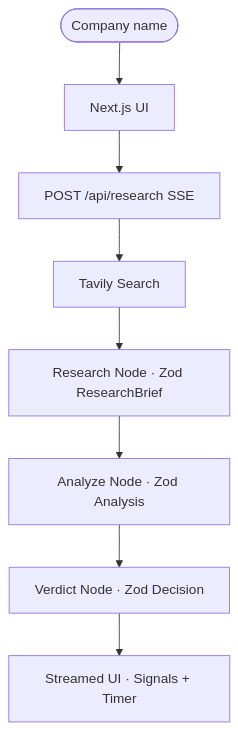
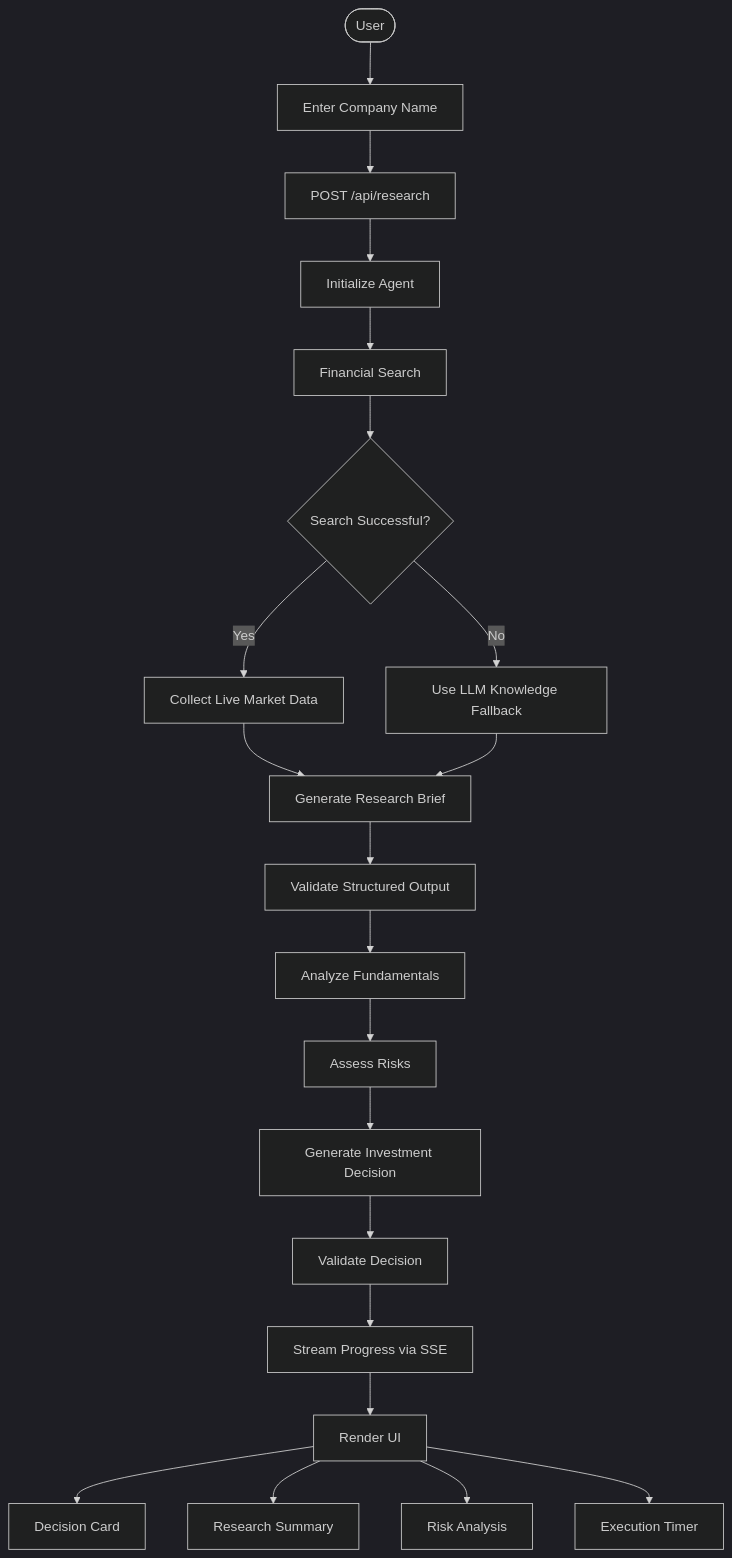
The diagram in README.md (ylcharan/investment-ai-agent), drawn with Mermaid before and after one commit. The commit also changed other lines of this file, not shown here.

````diff
--- a/README.md
+++ b/README.md
@@ -53,10 +52,54 @@
 ```mermaid
-graph TD
-    User([Company name]) --> UI[Next.js UI]
-    UI --> API[POST /api/research SSE]
-    API --> Search[Tavily Search]
-    Search --> Research[Research Node · Zod ResearchBrief]
-    Research --> Analyze[Analyze Node · Zod Analysis]
-    Analyze --> Verdict[Verdict Node · Zod Decision]
-    Verdict --> Client[Streamed UI · Signals + Timer]
+%%{init: {"theme":"dark"}}%%
+
+flowchart TD
+
+    A([User])
+    B[Enter Company Name]
+    C[POST /api/research]
+    D[Initialize Agent]
+    E[Financial Search]
+    F{Search Successful?}
+
+    G[Collect Live Market Data]
+    H[Use LLM Knowledge Fallback]
+
+    I[Generate Research Brief]
+    J[Validate Structured Output]
+
+    K[Analyze Fundamentals]
+    L[Assess Risks]
+
+    M[Generate Investment Decision]
+    N[Validate Decision]
+
+    O[Stream Progress via SSE]
+
+    P[Render UI]
+
+    Q[Decision Card]
+    R[Research Summary]
+    S[Risk Analysis]
+    T[Execution Timer]
+
+    A --> B
+    B --> C
+    C --> D
+    D --> E
+    E --> F
+    F -->|Yes| G
+    F -->|No| H
+    G --> I
+    H --> I
+    I --> J
+    J --> K
+    K --> L
+    L --> M
+    M --> N
+    N --> O
+    O --> P
+    P --> Q
+    P --> R
+    P --> S
+    P --> T
 ```
````
